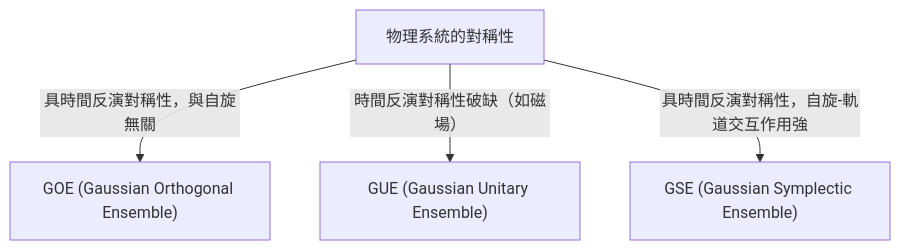
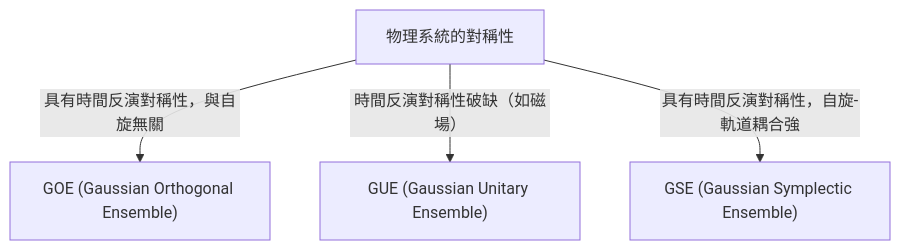
Before and after one commit to kenjinote/blog: the diagram in content/post/random-matrix-theory/index.zh-tw.md, drawn with Mermaid. The commit also changed other lines of this file and 11 other files, not shown here.

````diff
--- a/content/post/random-matrix-theory/index.zh-tw.md
+++ b/content/post/random-matrix-theory/index.zh-tw.md
@@ -43,6 +43,6 @@
 ```mermaid
 graph TD
-    A["物理系統的對稱性"] -- "具時間反演對稱性，與自旋無關" --> B["GOE (Gaussian Orthogonal Ensemble)"]
+    A["物理系統的對稱性"] -- "具有時間反演對稱性，與自旋無關" --> B["GOE (Gaussian Orthogonal Ensemble)"]
     A -- "時間反演對稱性破缺（如磁場）" --> C["GUE (Gaussian Unitary Ensemble)"]
-    A -- "具時間反演對稱性，自旋-軌道交互作用強" --> D["GSE (Gaussian Symplectic Ensemble)"]
+    A -- "具有時間反演對稱性，自旋-軌道耦合強" --> D["GSE (Gaussian Symplectic Ensemble)"]
 ```
````
